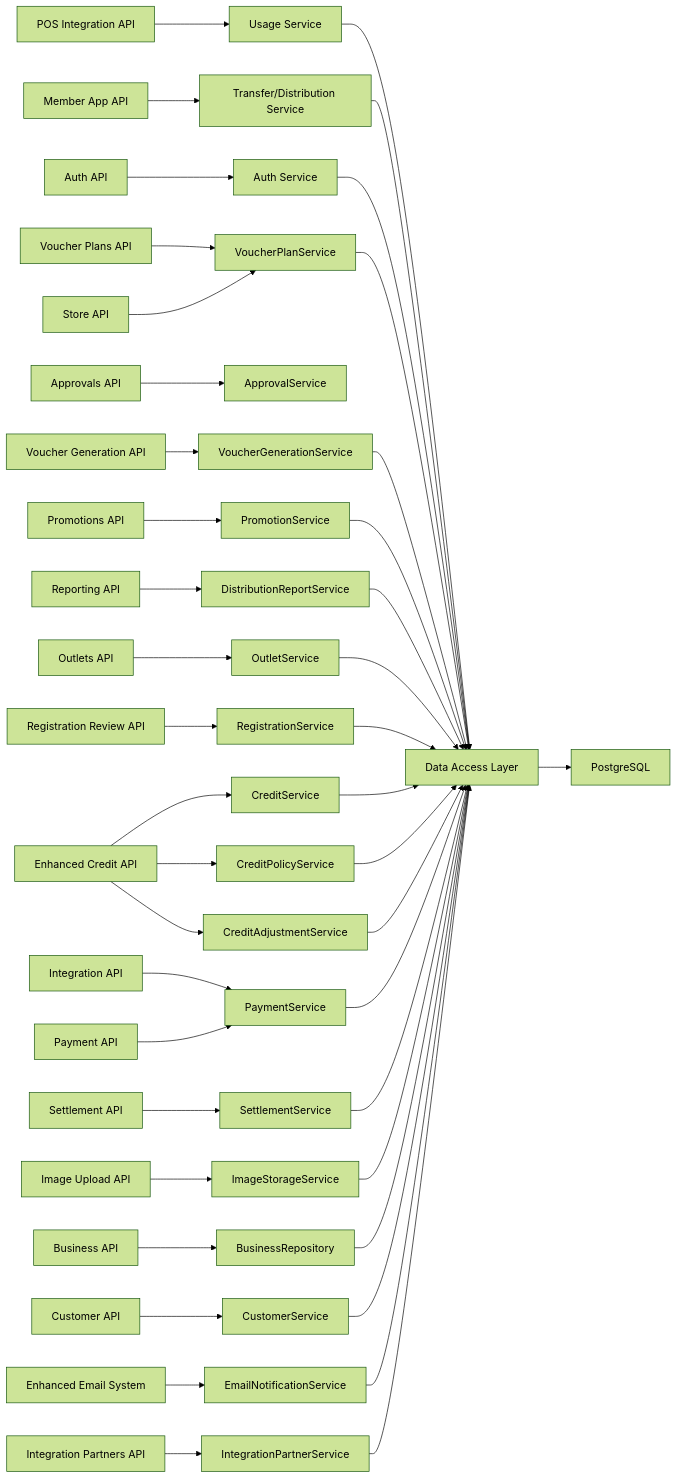
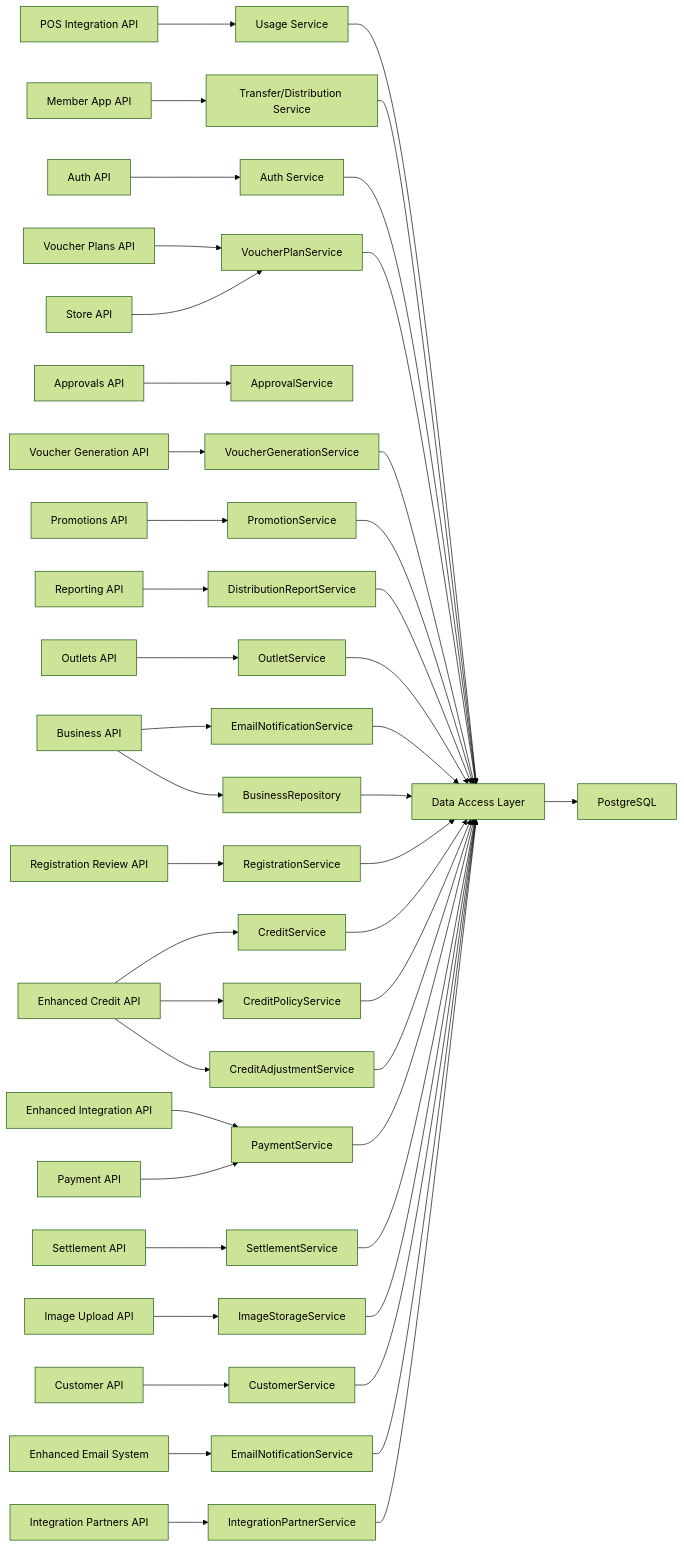
The sixth of 6 diagrams in .qoder/repowiki/en/content/API Contracts and Integration/API Contracts and Integration.md (lamhongbac/NonCash), drawn with Mermaid (forest theme) before and after one commit. The commit also changed other lines of this file and 53 other files, not shown here.

````diff
--- a/.qoder/repowiki/en/content/API Contracts and Integration/API Contracts and Integration.md
+++ b/.qoder/repowiki/en/content/API Contracts and Integration/API Contracts and Integration.md
@@ -1067,45 +1125,47 @@
 ```mermaid
 graph LR
 POS["POS Integration API"] --> USVC["Usage Service"]
 MEM["Member App API"] --> TSVC["Transfer/Distribution Service"]
 AUTH["Auth API"] --> ASVC["Auth Service"]
+BUSINESS["Enhanced Business API"] --> ENSVC["EmailNotificationService"]
 PLANS["Voucher Plans API"] --> PSVC["VoucherPlanService"]
 APPROVALS["Approvals API"] --> ASVC2["ApprovalService"]
 GEN["Voucher Generation API"] --> GENSVC["VoucherGenerationService"]
 PROMO["Promotions API"] --> PROMOSVC["PromotionService"]
 REPORTS["Reporting API"] --> RSVC["DistributionReportService"]
 STORE["Store API"] --> PSVC
 OUTLETS["Outlets API"] --> OSVC["OutletService"]
 REG["Registration Review API"] --> RSVC2["RegistrationService"]
 CREDITS["Enhanced Credit API"] --> CSVC["CreditService"]
 CREDITS --> CPSVC["CreditPolicyService"]
 CREDITS --> CASVC["CreditAdjustmentService"]
-INTEGRATION["Integration API"] --> PSVC2["PromotionService"]
+INTEGRATION["Enhanced Integration API"] --> PSVC2["PromotionService"]
 SETTLEMENT["Settlement API"] --> SSVC["SettlementService"]
 PAYMENTS["Payment API"] --> PSVC2["PaymentService"]
 UPLOAD["Image Upload API"] --> ISVC["ImageStorageService"]
 BUSINESS["Business API"] --> BR["BusinessRepository"]
 CUSTOMERS["Customer API"] --> CSVC2["CustomerService"]
-EMAIL["Enhanced Email System"] --> ENSVC["EmailNotificationService"]
+EMAIL["Enhanced Email System"] --> ENSVC2["EmailNotificationService"]
 IPARTNERS["Integration Partners API"] --> IPSVC["IntegrationPartnerService"]
 USVC --> DAL["Data Access Layer"]
 TSVC --> DAL
 ASVC --> DAL
+ENSVC --> DAL
 PSVC --> DAL
 GENSVC --> DAL
 PROMOSVC --> DAL
 RSVC --> DAL
 OSVC --> DAL
 RSVC2 --> DAL
 CSVC --> DAL
 CPSVC --> DAL
 CASVC --> DAL
 PSVC2 --> DAL
 SSVC --> DAL
 ISVC --> DAL
 BR --> DAL
 CSVC2 --> DAL
-ENSVC --> DAL
+ENSVC2 --> DAL
 IPSVC --> DAL
 DAL --> DB["PostgreSQL"]
 ```
````
